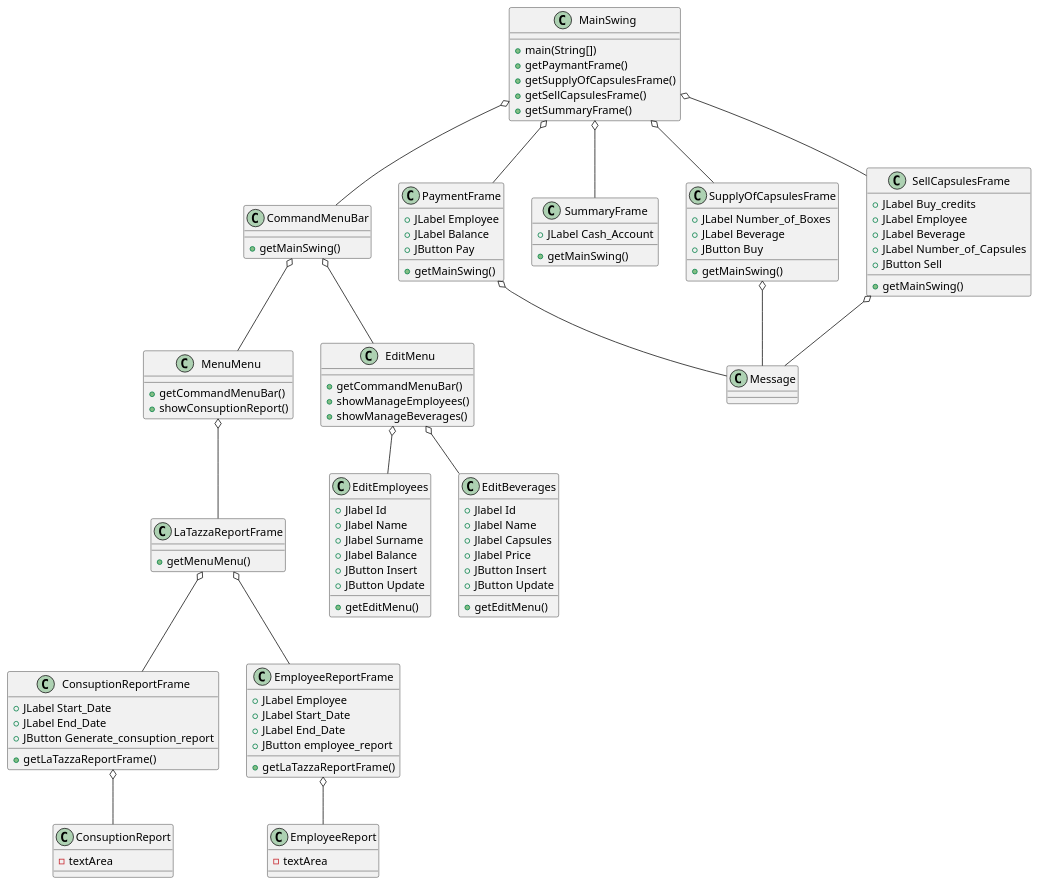
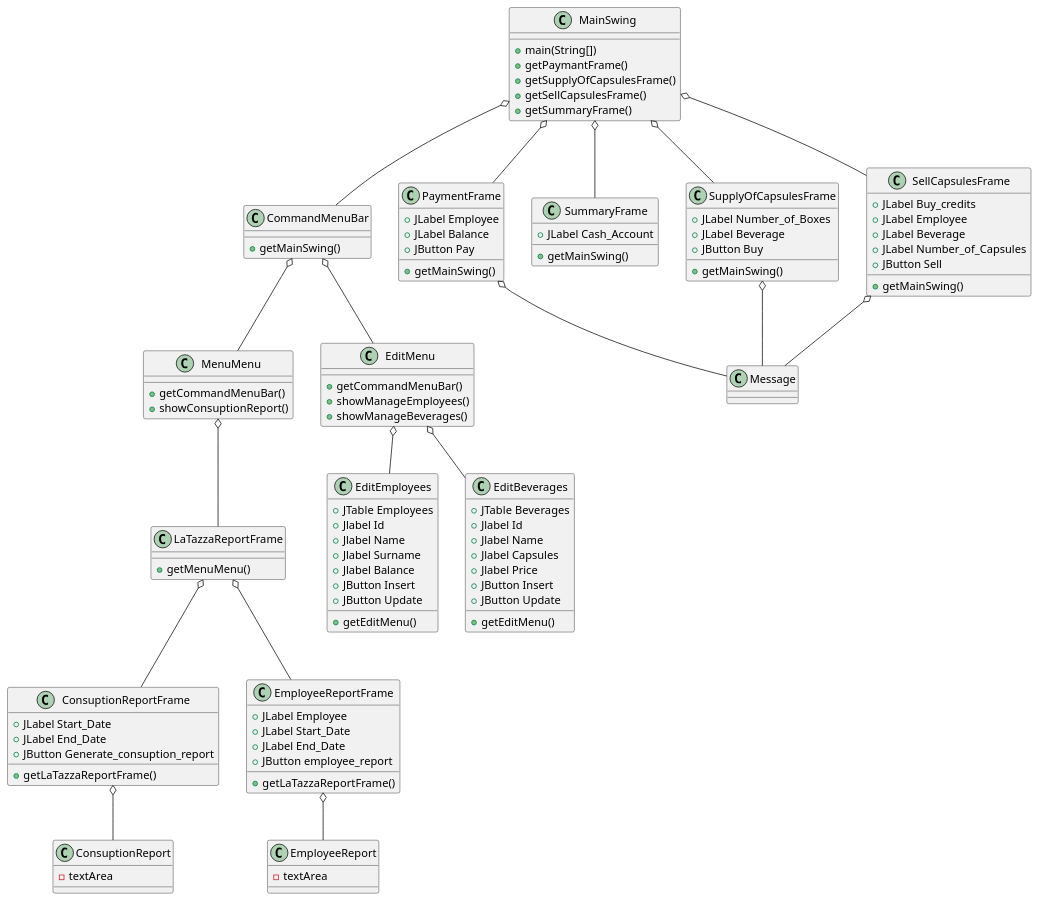
One commit to salvatore-dimartino/LaTazza changed the fifth of 7 diagrams in templates/DesignDocumentTemplate.md. Above: the diagram before and after it, drawn with PlantUML.

```diff
--- a/templates/DesignDocumentTemplate.md
+++ b/templates/DesignDocumentTemplate.md
@@ -341,6 +341,7 @@
 }
 
 class EditEmployees {
+    +JTable Employees
     +Jlabel Id
     +Jlabel Name
     +Jlabel Surname
@@ -351,6 +352,7 @@
 }
 
 class EditBeverages {
+    +JTable Beverages
     +Jlabel Id
     +Jlabel Name
     +Jlabel Capsules
```
